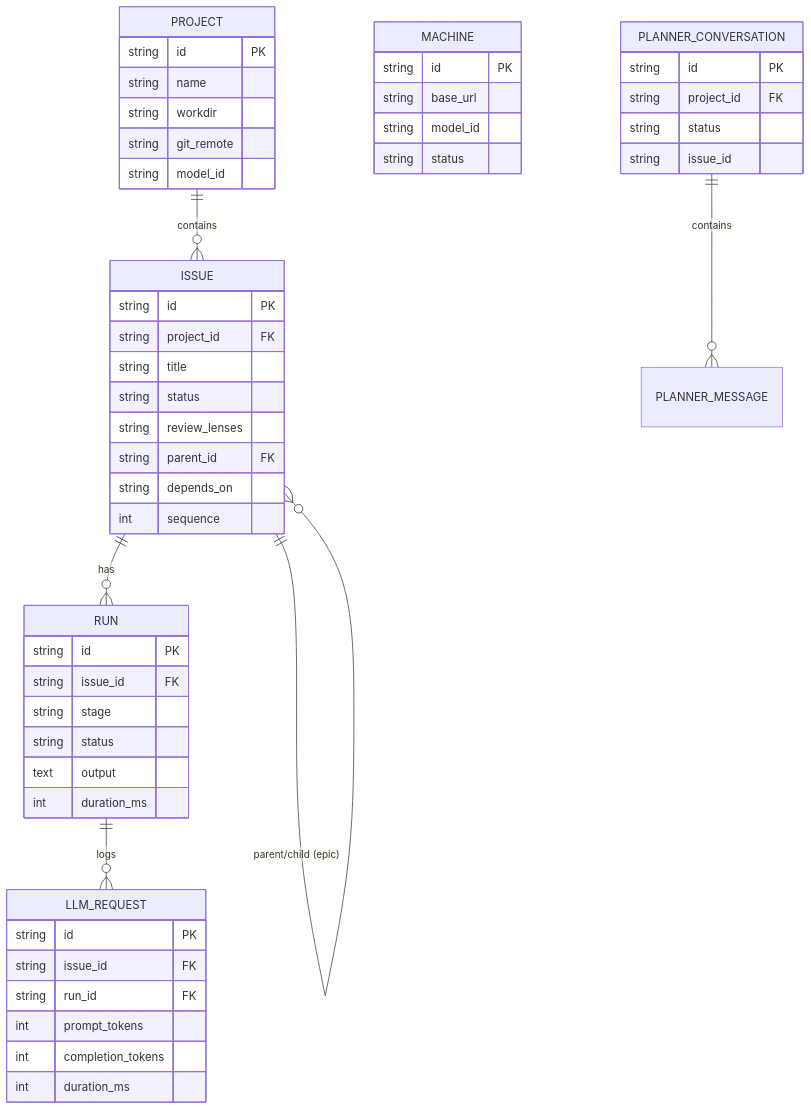
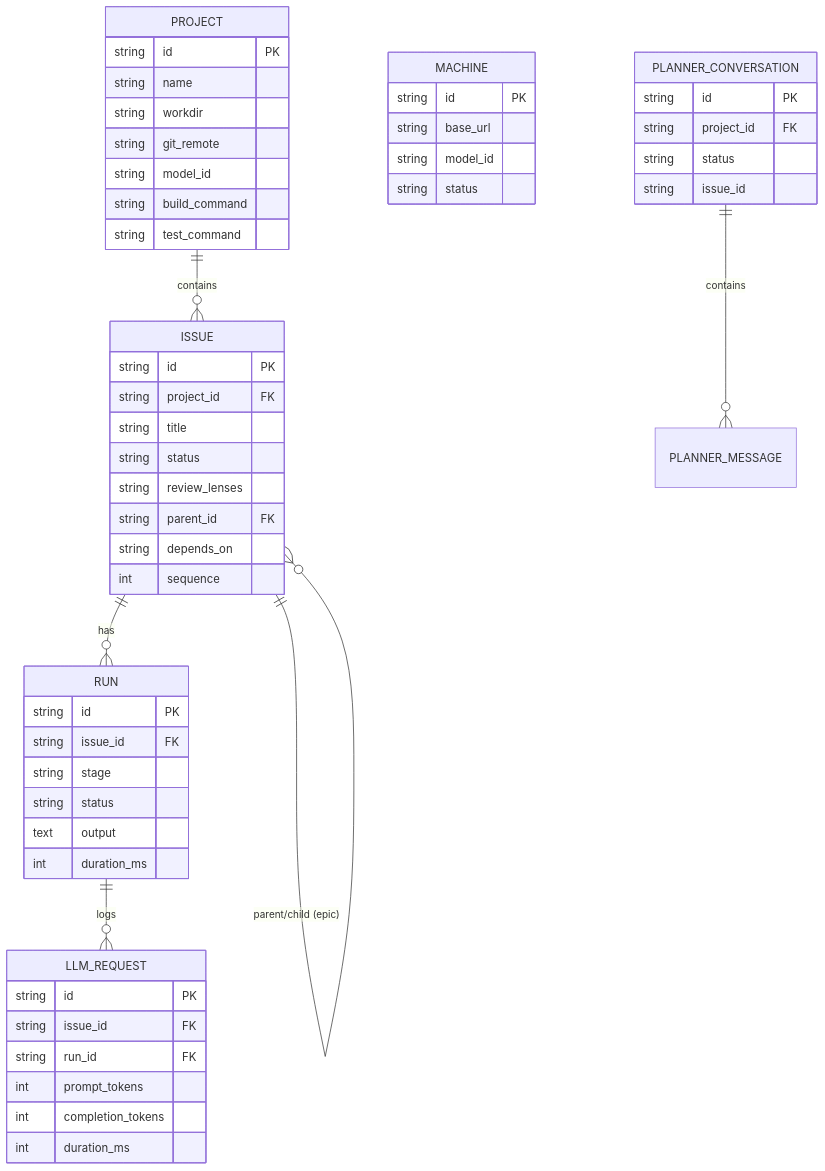
Before and after one commit to reffdev/auto-swe: the diagram in docs/architecture/05-data-model.md, drawn with Mermaid. The commit also changed other lines of this file and 7 other files, not shown here.

````diff
--- a/docs/architecture/05-data-model.md
+++ b/docs/architecture/05-data-model.md
@@ -3,58 +3,60 @@
 ```mermaid
 erDiagram
     PROJECT ||--o{ ISSUE : contains
     PROJECT {
         string id PK
         string name
         string workdir
         string git_remote
         string model_id
+        string build_command
+        string test_command
     }
 
     ISSUE ||--o{ RUN : has
     ISSUE ||--o{ ISSUE : "parent/child (epic)"
     ISSUE {
         string id PK
         string project_id FK
         string title
         string status
         string review_lenses
         string parent_id FK
         string depends_on
         int sequence
     }
 
     RUN ||--o{ LLM_REQUEST : logs
     RUN {
         string id PK
         string issue_id FK
         string stage
         string status
         text output
         int duration_ms
     }
 
     MACHINE {
         string id PK
         string base_url
         string model_id
         string status
     }
 
     PLANNER_CONVERSATION ||--o{ PLANNER_MESSAGE : contains
     PLANNER_CONVERSATION {
         string id PK
         string project_id FK
         string status
         string issue_id
     }
 
     LLM_REQUEST {
         string id PK
         string issue_id FK
         string run_id FK
         int prompt_tokens
         int completion_tokens
         int duration_ms
     }
 ```
````
